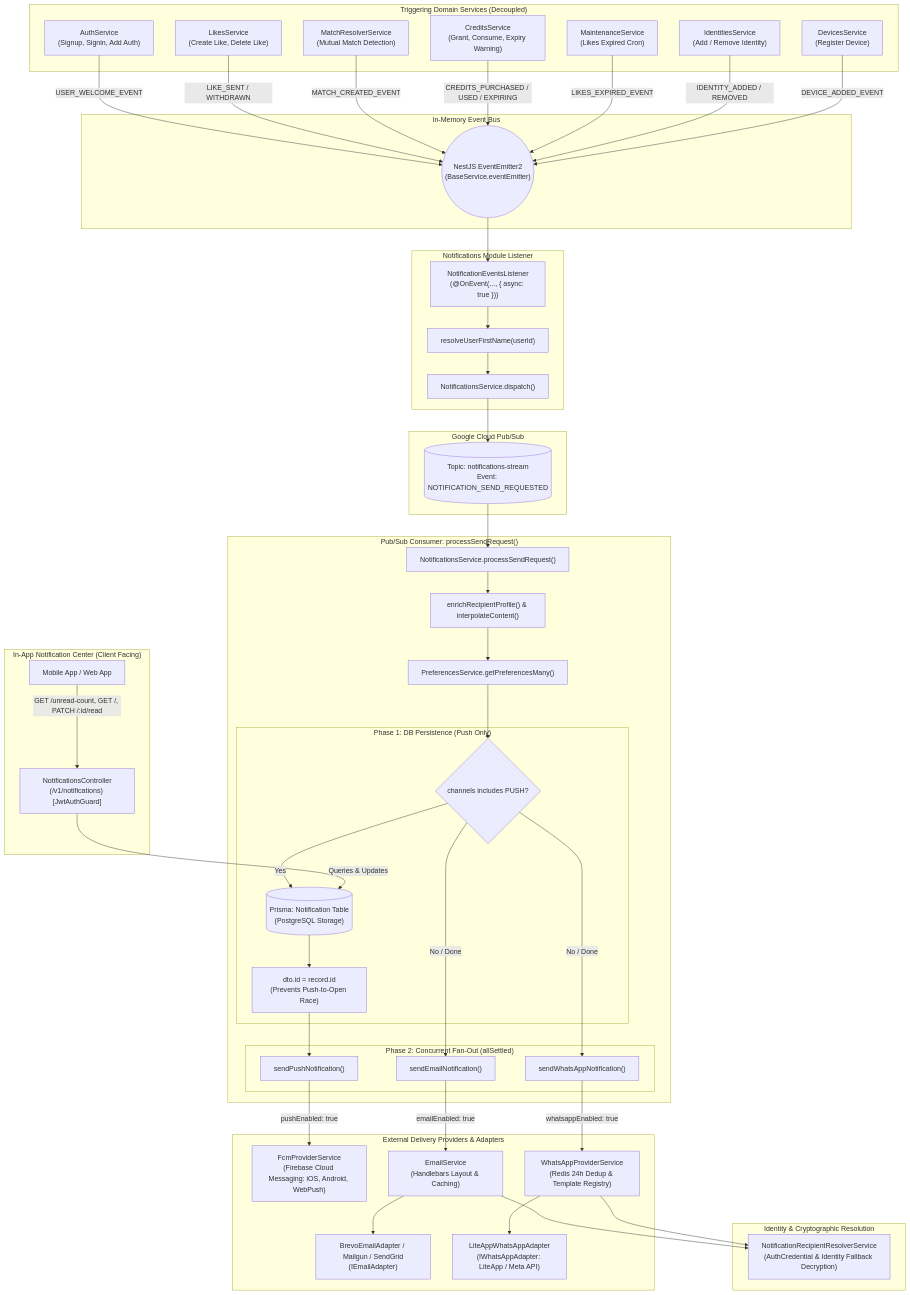
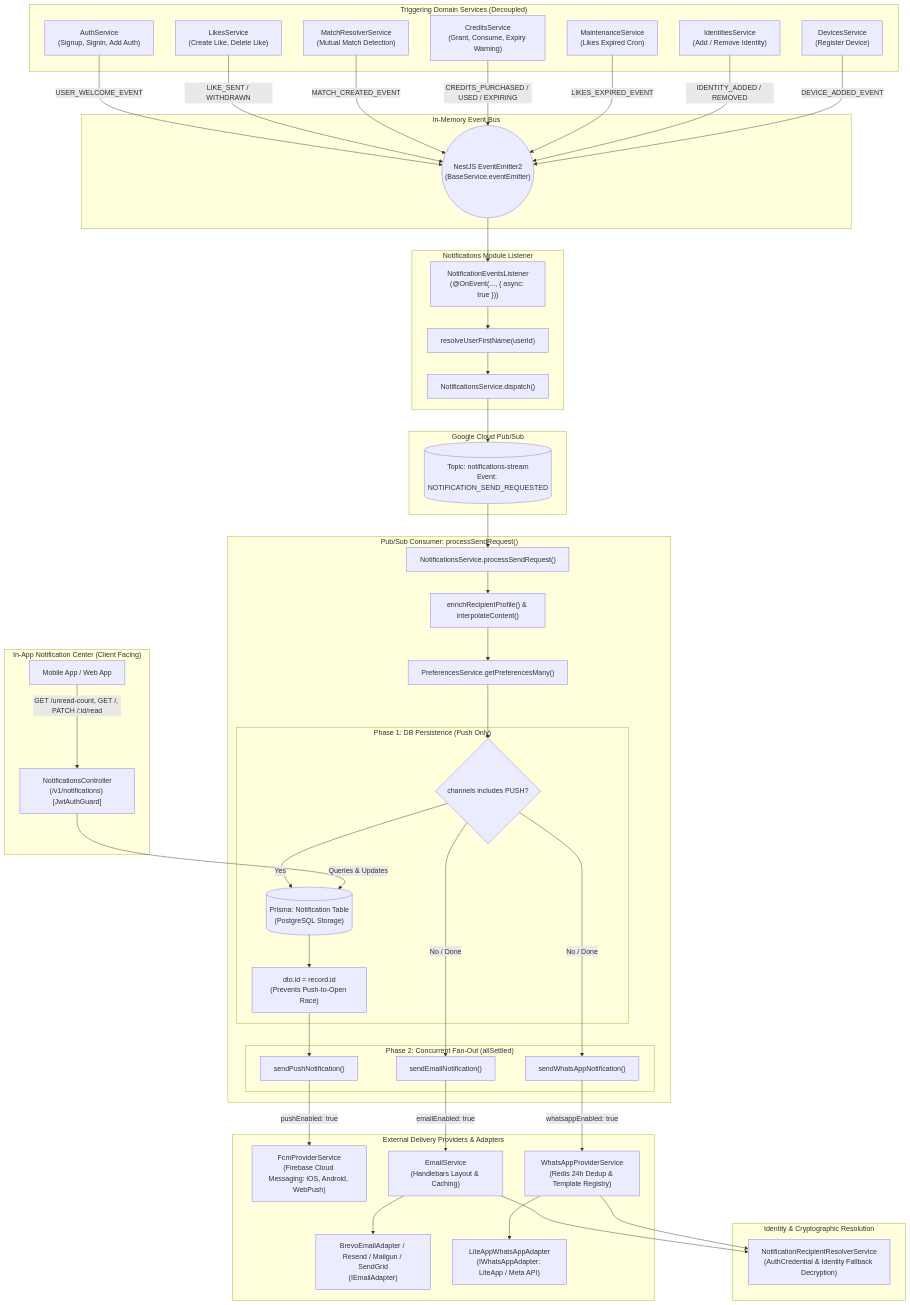
Before and after one commit to SaveSoulApp/Breathaway-Backend: the diagram in docs/docs/modules/notifications.md, drawn with Mermaid. The commit also changed other lines of this file and 13 other files, not shown here.

```diff
--- a/docs/docs/modules/notifications.md
+++ b/docs/docs/modules/notifications.md
@@ -80,7 +80,7 @@
     subgraph Providers["External Delivery Providers & Adapters"]
         FCM["FcmProviderService<br/>(Firebase Cloud Messaging: iOS, Android, WebPush)"]
         EMAIL_SVC["EmailService<br/>(Handlebars Layout & Caching)"]
-        BREVO["BrevoEmailAdapter / Mailgun / SendGrid<br/>(IEmailAdapter)"]
+        BREVO["BrevoEmailAdapter / Resend / Mailgun / SendGrid<br/>(IEmailAdapter)"]
         WA_SVC["WhatsAppProviderService<br/>(Redis 24h Dedup & Template Registry)"]
         LITEAPP["LiteAppWhatsAppAdapter<br/>(IWhatsAppAdapter: LiteApp / Meta API)"]
     end
```
